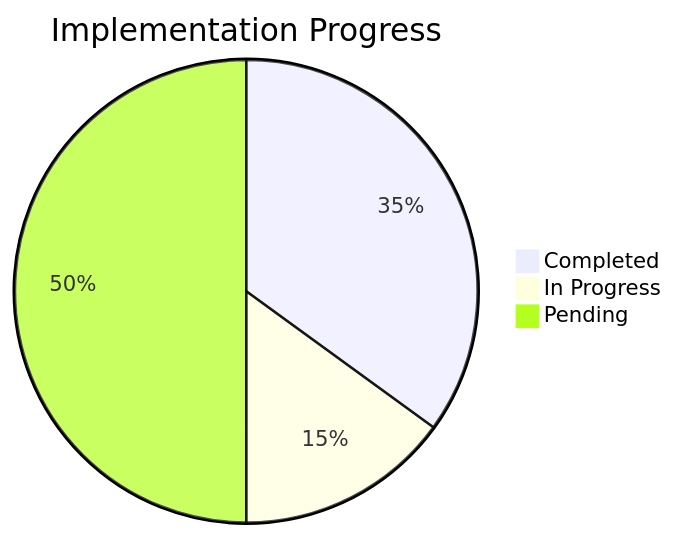
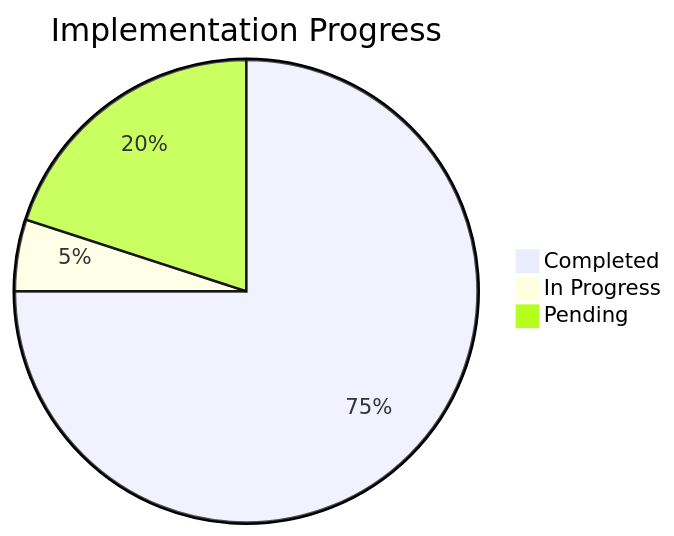
The first of 3 diagrams in memory-bank/progress.md (hackathon-nstech/database-nsdocs-consumption-module), drawn with Mermaid before and after one commit. The commit also changed other lines of this file and 76 other files, not shown here.

````diff
--- a/memory-bank/progress.md
+++ b/memory-bank/progress.md
@@ -129,6 +179,6 @@
 ```mermaid
 pie title Implementation Progress
-    "Completed" : 35
-    "In Progress" : 15
-    "Pending" : 50
+    "Completed" : 75
+    "In Progress" : 5
+    "Pending" : 20
 ```
````
